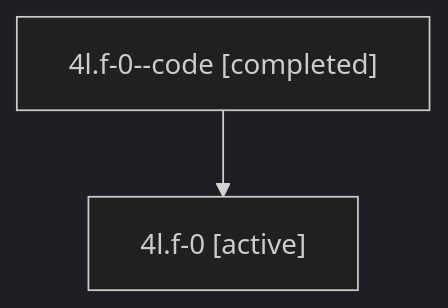
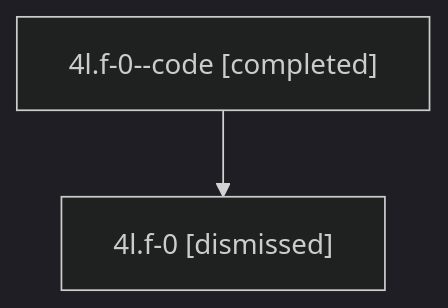
The diagram in sessions/bbugyi200.athena.4l.f-0.md (bobs-org/bob-cli--agents), drawn with Mermaid (dark theme) before and after one commit. The commit also changed other lines of this file and 46 other files, not shown here.

````diff
--- a/sessions/bbugyi200.athena.4l.f-0.md
+++ b/sessions/bbugyi200.athena.4l.f-0.md
@@ -9,6 +9,6 @@
 ```mermaid
 flowchart TD
   n0["4l.f-0--code [completed]"]
-  n1["4l.f-0 [active]"]
+  n1["4l.f-0 [dismissed]"]
   n0 --> n1
 ```
````
